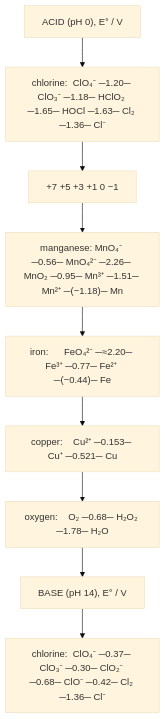
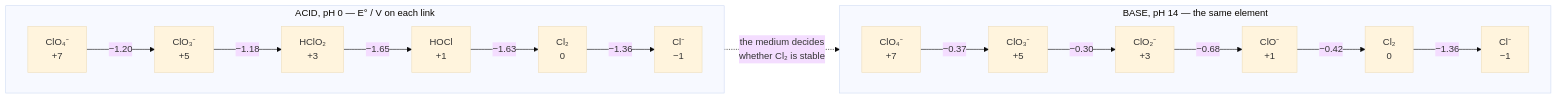
The eighth of 9 diagrams in Physical-Chemistry/05-Redox-Reactions/notes.md (SurajGupta2009/Chem_JEEAd_notes), drawn with Mermaid (base theme) before and after one commit. The commit also changed other lines of this file and 60 other files, not shown here.

````diff
--- a/Physical-Chemistry/05-Redox-Reactions/notes.md
+++ b/Physical-Chemistry/05-Redox-Reactions/notes.md
@@ -1236,20 +1220,14 @@
 ```mermaid
-flowchart TD
-    N0["ACID (pH 0), E° / V"]
-    N1["chlorine:  ClO₄⁻ ─1.20─ ClO₃⁻ ─1.18─ HClO₂ ─1.65─ HOCl ─1.63─ Cl₂ ─1.36─ Cl⁻"]
-    N2["+7           +5           +3           +1         0         −1"]
-    N3["manganese: MnO₄⁻ ─0.56─ MnO₄²⁻ ─2.26─ MnO₂ ─0.95─ Mn³⁺ ─1.51─ Mn²⁺ ─(−1.18)─ Mn"]
-    N4["iron:      FeO₄²⁻ ─≈2.20─ Fe³⁺ ─0.77─ Fe²⁺ ─(−0.44)─ Fe"]
-    N5["copper:    Cu²⁺ ─0.153─ Cu⁺ ─0.521─ Cu"]
-    N6["oxygen:    O₂ ─0.68─ H₂O₂ ─1.78─ H₂O"]
-    N7["BASE (pH 14), E° / V"]
-    N8["chlorine:  ClO₄⁻ ─0.37─ ClO₃⁻ ─0.30─ ClO₂⁻ ─0.68─ ClO⁻ ─0.42─ Cl₂ ─1.36─ Cl⁻"]
-    N0 --> N1
-    N1 --> N2
-    N2 --> N3
-    N3 --> N4
-    N4 --> N5
-    N5 --> N6
-    N6 --> N7
-    N7 --> N8
+flowchart LR
+    subgraph ACID["ACID, pH 0 — E° / V on each link"]
+        direction LR
+        a1["ClO₄⁻<br>+7"] -->|"−1.20"| a2["ClO₃⁻<br>+5"] -->|"−1.18"| a3["HClO₂<br>+3"]
+        a3 -->|"−1.65"| a4["HOCl<br>+1"] -->|"−1.63"| a5["Cl₂<br>0"] -->|"−1.36"| a6["Cl⁻<br>−1"]
+    end
+    subgraph BASE["BASE, pH 14 — the same element"]
+        direction LR
+        b1["ClO₄⁻<br>+7"] -->|"−0.37"| b2["ClO₃⁻<br>+5"] -->|"−0.30"| b3["ClO₂⁻<br>+3"]
+        b3 -->|"−0.68"| b4["ClO⁻<br>+1"] -->|"−0.42"| b5["Cl₂<br>0"] -->|"−1.36"| b6["Cl⁻<br>−1"]
+    end
+    ACID -.->|"the medium decides<br>whether Cl₂ is stable"| BASE
 ```
````
